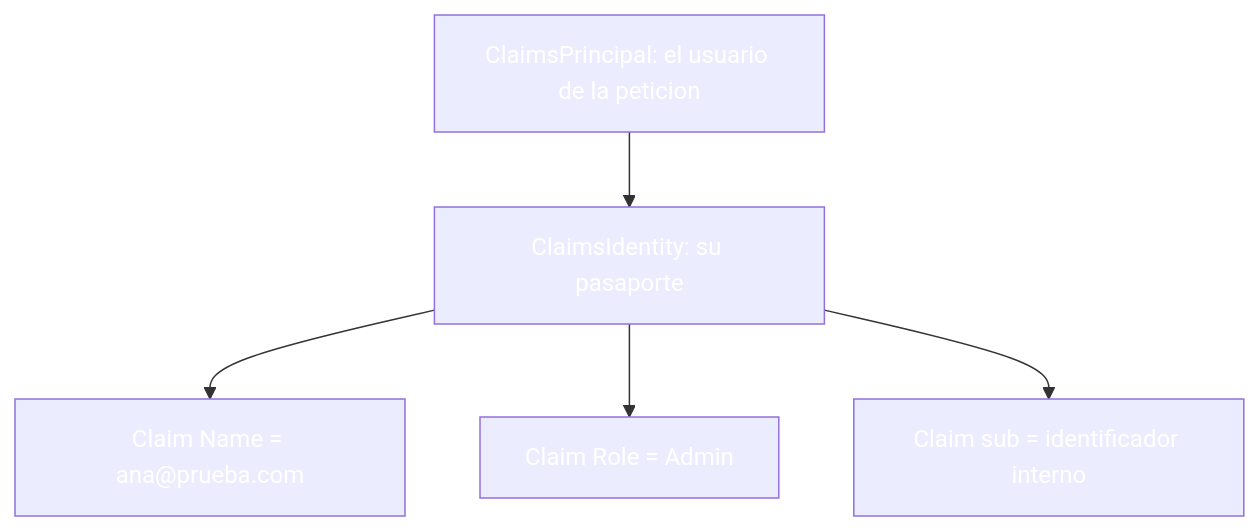
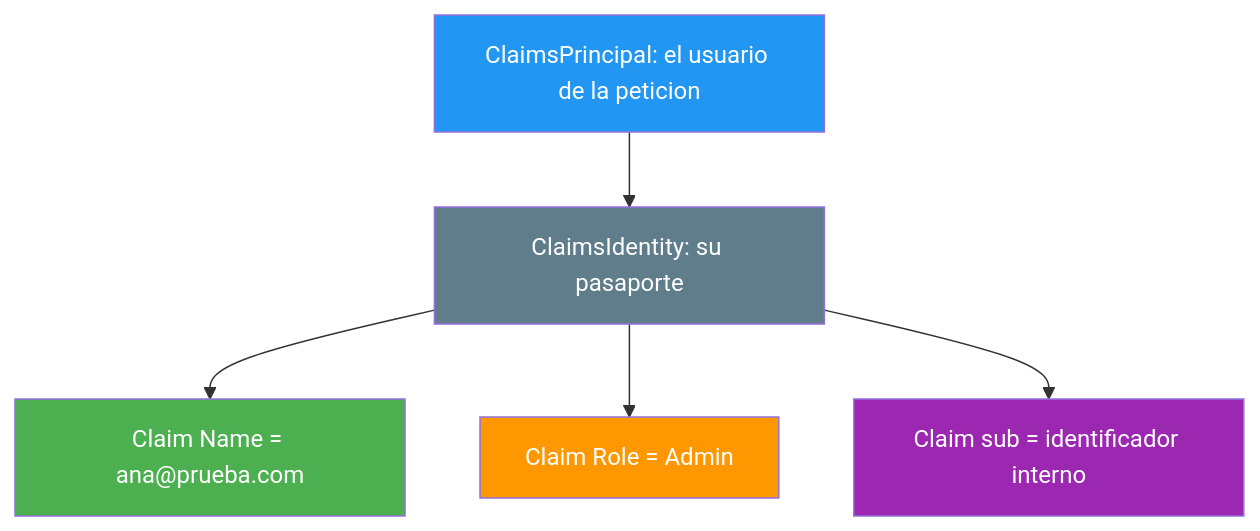
Before and after one commit to joseluisgs/DesarrolloWebEntornosServidor-03-2026-2027: the first of 8 diagrams in 19-autenticacion-identity.md, drawn with Mermaid. The commit also changed other lines of this file and 25 other files, not shown here.

Commit message:
docs: corregir los estilos Mermaid de los temas y alinear el dominio del tema 25 con ProductosApp

````diff
--- a/19-autenticacion-identity.md
+++ b/19-autenticacion-identity.md
@@ -70,12 +70,12 @@
 ```mermaid
 graph TD
     P["ClaimsPrincipal: el usuario de la peticion"] --> I["ClaimsIdentity: su pasaporte"]
     I --> C1["Claim Name = ana@prueba.com"]
     I --> C2["Claim Role = Admin"]
     I --> C3["Claim sub = identificador interno"]
-    style P fill:#2196F,color:#fff3,color:#fff
-    style I fill:#607D8,color:#fffB,color:#fff
-    style C1 fill:#4CAF5,color:#fff0,color:#fff
-    style C2 fill:#FF980,color:#fff0,color:#fff
-    style C3 fill:#9C27B,color:#fff0,color:#fff
+    style P fill:#2196F3,color:#fff
+    style I fill:#607D8B,color:#fff
+    style C1 fill:#4CAF50,color:#fff
+    style C2 fill:#FF9800,color:#fff
+    style C3 fill:#9C27B0,color:#fff
 ```
````
